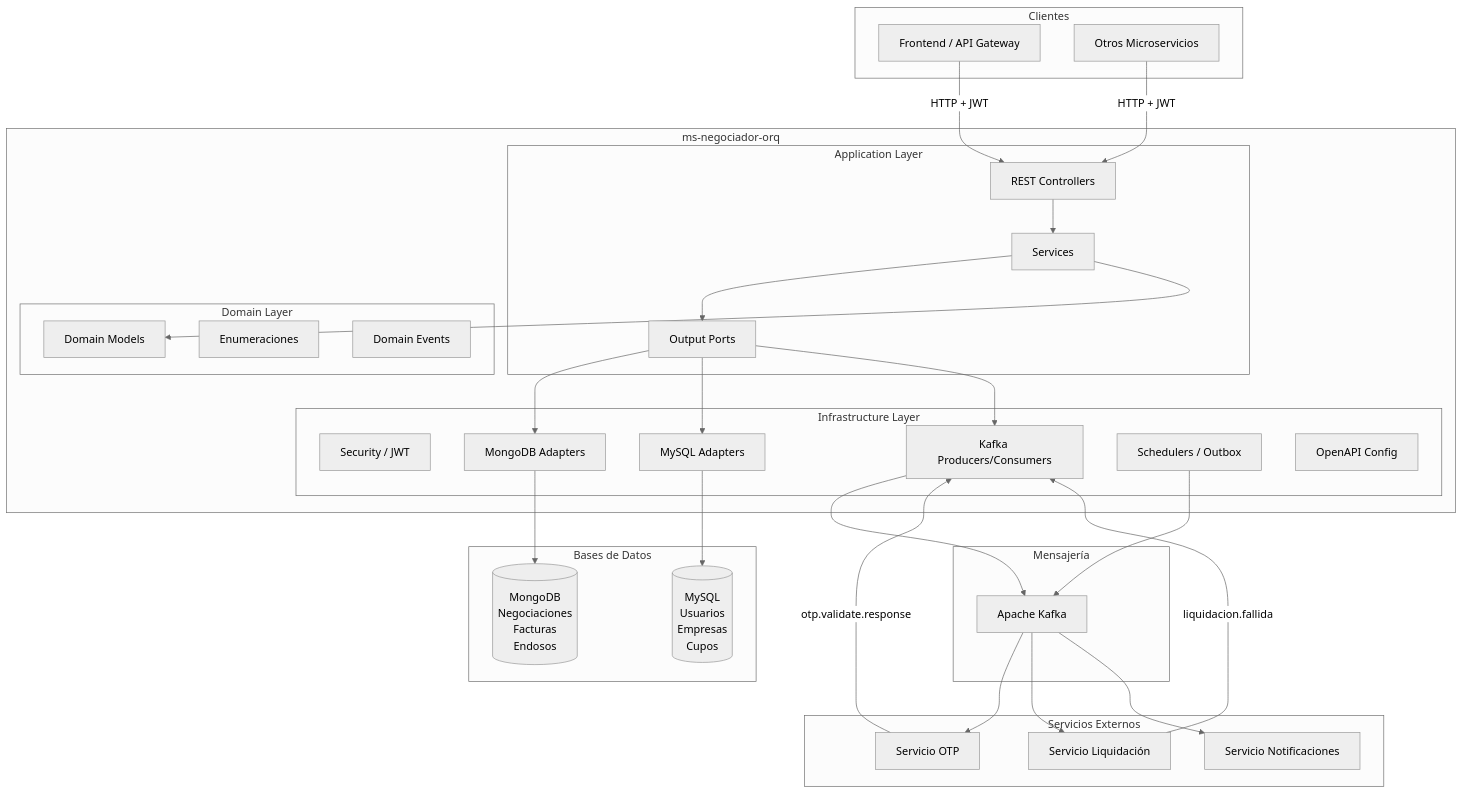
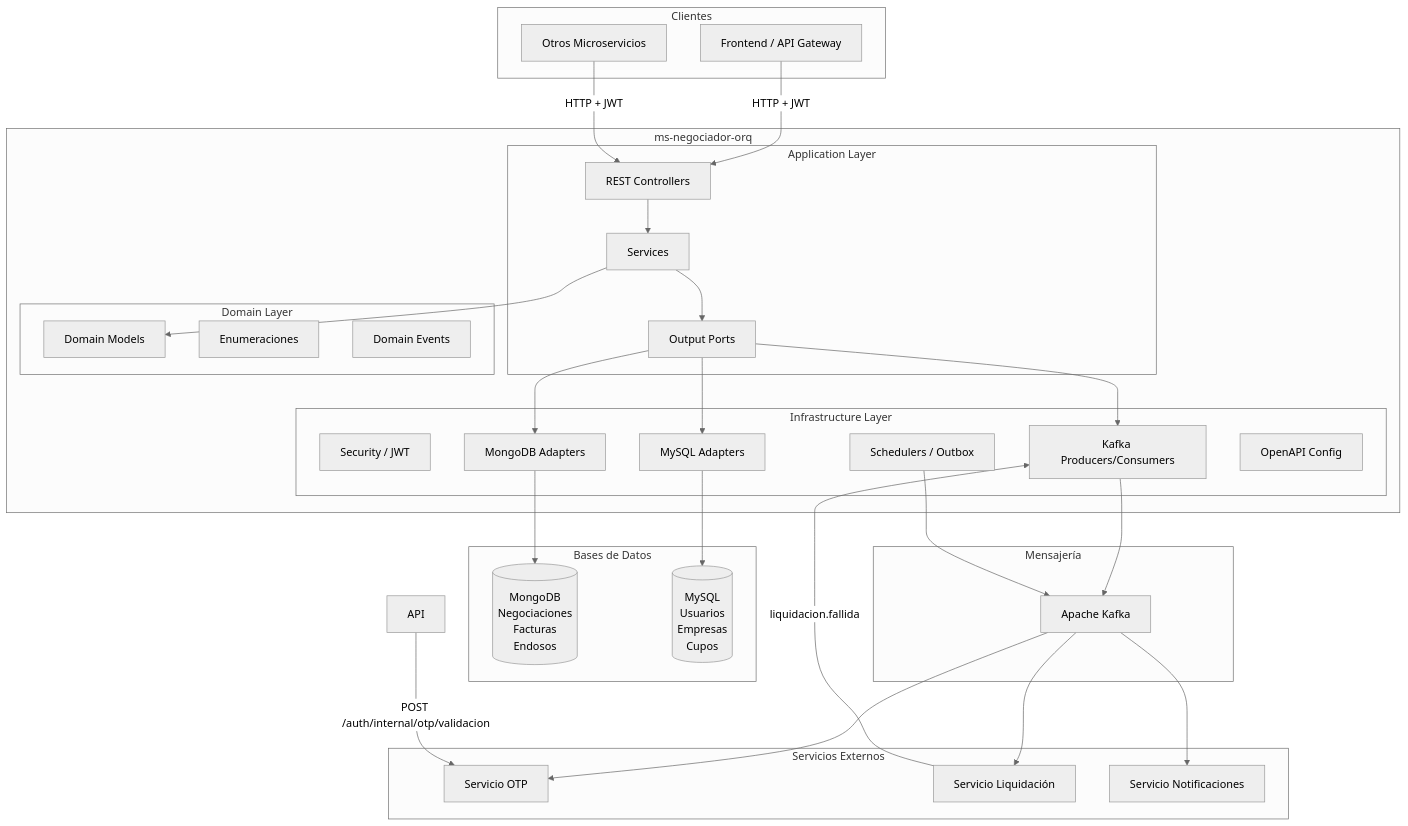
The first of 4 diagrams in README.md (relativismofisico/ms-negociador-orq), drawn with Mermaid (neutral theme) before and after one commit. The commit also changed other lines of this file and 22 other files, not shown here.

First line of the commit message:
refactor(otp): un solo camino de validación OTP; fuera otp.validate y su limpieza (Fase 28d, A1b)

````diff
--- a/README.md
+++ b/README.md
@@ -1201,61 +1197,61 @@
 ```mermaid
 graph TB
     subgraph "Clientes"
         C1[Frontend / API Gateway]
         C2[Otros Microservicios]
     end
 
     subgraph "ms-negociador-orq"
         subgraph "Application Layer"
             CTRL[REST Controllers]
             SVC[Services]
             PORT[Output Ports]
         end
         subgraph "Domain Layer"
             MODEL[Domain Models]
             ENUM[Enumeraciones]
             EVENT[Domain Events]
         end
         subgraph "Infrastructure Layer"
             SEC[Security / JWT]
             MONGO_A[MongoDB Adapters]
             MYSQL_A[MySQL Adapters]
             KAFKA_A[Kafka Producers/Consumers]
             SCHED[Schedulers / Outbox]
             OPENAPI[OpenAPI Config]
         end
     end
 
     subgraph "Bases de Datos"
         MONGO[(MongoDB\nNegociaciones\nFacturas\nEndosos)]
         MYSQL[(MySQL\nUsuarios\nEmpresas\nCupos)]
     end
 
     subgraph "Mensajería"
         KAFKA[Apache Kafka]
     end
 
     subgraph "Servicios Externos"
         OTP_SVC[Servicio OTP]
         LIQ_SVC[Servicio Liquidación]
         EMAIL_SVC[Servicio Notificaciones]
     end
 
     C1 -->|HTTP + JWT| CTRL
     C2 -->|HTTP + JWT| CTRL
     CTRL --> SVC
     SVC --> PORT
     SVC --> MODEL
     PORT --> MONGO_A
     PORT --> MYSQL_A
     PORT --> KAFKA_A
     MONGO_A --> MONGO
     MYSQL_A --> MYSQL
     KAFKA_A --> KAFKA
     SCHED --> KAFKA
     KAFKA --> OTP_SVC
     KAFKA --> LIQ_SVC
     KAFKA --> EMAIL_SVC
-    OTP_SVC -->|otp.validate.response| KAFKA_A
+    API -->|POST /auth/internal/otp/validacion| OTP_SVC
     LIQ_SVC -->|liquidacion.fallida| KAFKA_A
 ```
````
